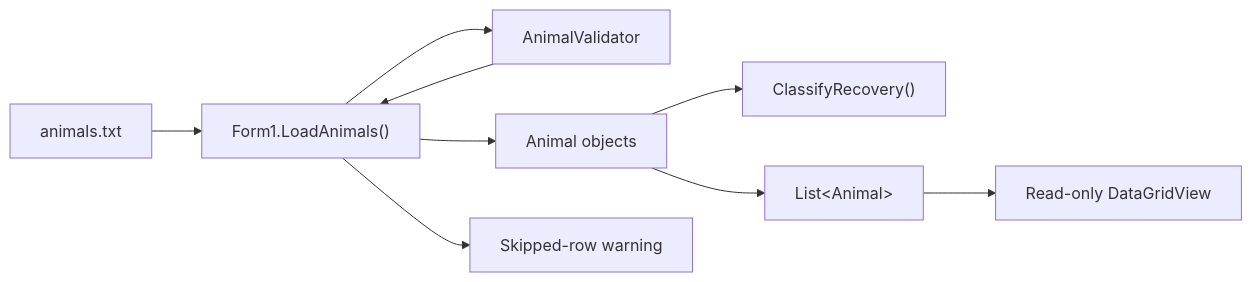
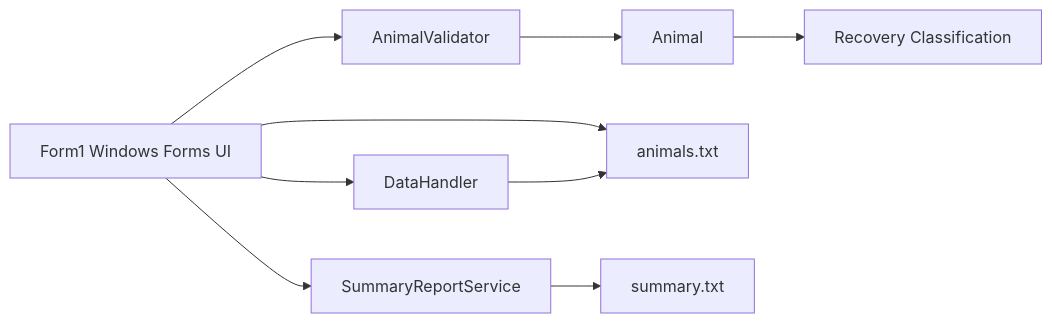
One commit to harriperSoda/PRG271-Baobab-Ridge changed the diagram in README.md. Above: the diagram before and after it, drawn with Mermaid. The commit also changed other lines of this file, not shown here.

````diff
--- a/README.md
+++ b/README.md
@@ -61,15 +57,13 @@
 ```mermaid
 flowchart LR
-    File["animals.txt"] --> Loader["Form1.LoadAnimals()"]
+    UI["Form1 Windows Forms UI"] --> Validator["AnimalValidator"]
+    Validator --> Model["Animal"]
+    Model --> Classification["Recovery Classification"]
 
-    Loader --> Validator["AnimalValidator"]
-    Validator --> Loader
+    UI --> AnimalFile["animals.txt"]
+    UI --> DeleteHandler["DataHandler"]
+    DeleteHandler --> AnimalFile
 
-    Loader --> Model["Animal objects"]
-    Model --> Classification["ClassifyRecovery()"]
-
-    Model --> Collection["List&lt;Animal&gt;"]
-    Collection --> Grid["Read-only DataGridView"]
-
-    Loader --> Warning["Skipped-row warning"]
+    UI --> Summary["SummaryReportService"]
+    Summary --> Report["summary.txt"]
 ```
````
